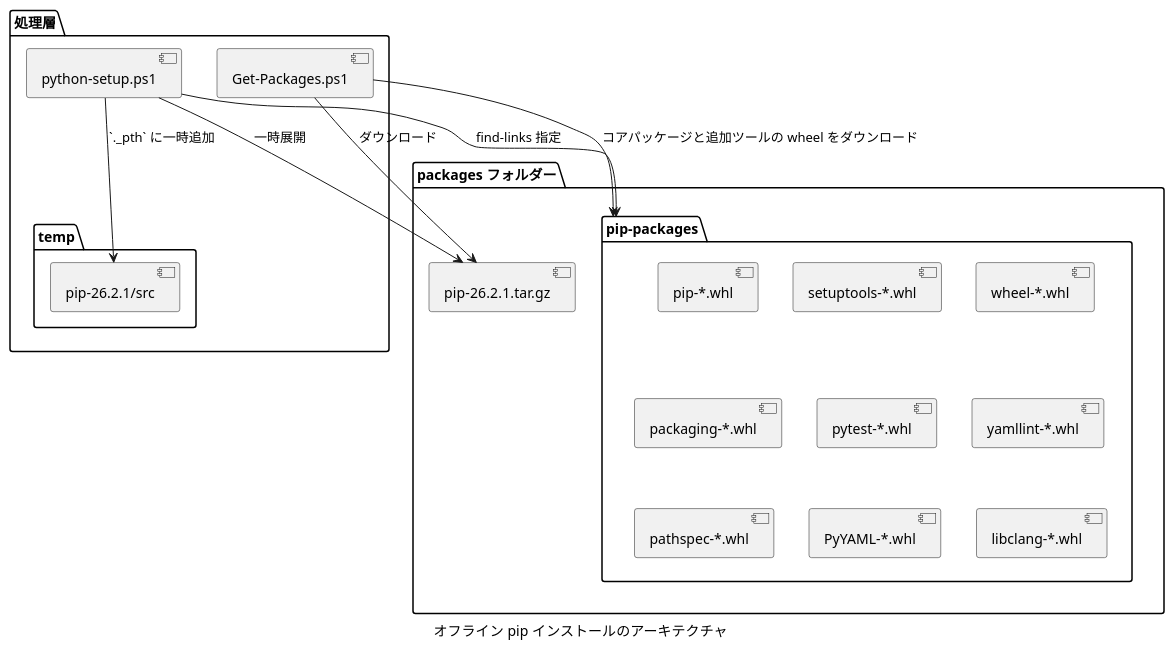
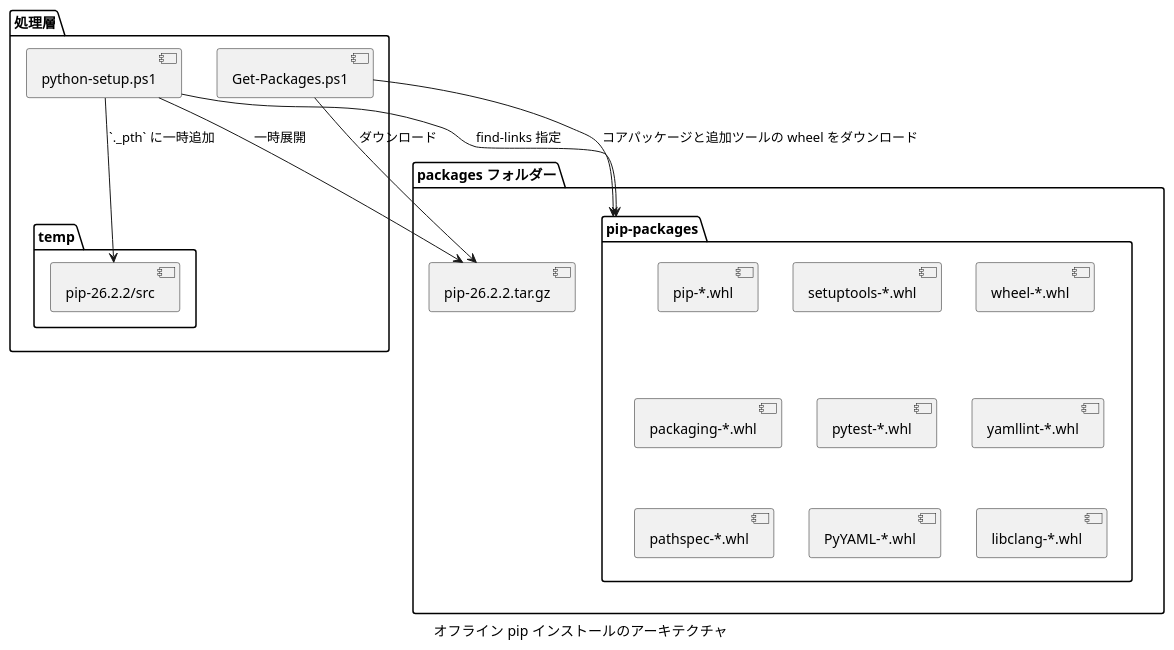
One commit to Hondarer/devbin-win changed the first of 4 diagrams in docs/offline-pip-design.md. Above: the diagram before and after it, drawn with PlantUML. The commit also changed other lines of this file and 8 other files, not shown here.

````diff
--- a/docs/offline-pip-design.md
+++ b/docs/offline-pip-design.md
@@ -22,33 +22,33 @@
 ```plantuml
 @startuml オフライン pip インストールのアーキテクチャ
 caption オフライン pip インストールのアーキテクチャ
 package "packages フォルダー" {
-  [pip-26.2.1.tar.gz]
+  [pip-26.2.2.tar.gz]
   folder "pip-packages" {
     [pip-*.whl]
     [setuptools-*.whl]
     [wheel-*.whl]
     [packaging-*.whl]
     [pytest-*.whl]
     [yamllint-*.whl]
     [pathspec-*.whl]
     [PyYAML-*.whl]
     [libclang-*.whl]
   }
 }
 
 package "処理層" {
   [Get-Packages.ps1] as getpkg
   [python-setup.ps1] as pysetup
   folder "temp" {
-    [pip-26.2.1/src]
+    [pip-26.2.2/src]
   }
 }
 
-getpkg --> [pip-26.2.1.tar.gz] : ダウンロード
+getpkg --> [pip-26.2.2.tar.gz] : ダウンロード
 getpkg --> [pip-packages] : コアパッケージと追加ツールの wheel をダウンロード
-pysetup --> [pip-26.2.1.tar.gz] : 一時展開
-pysetup --> [pip-26.2.1/src] : `._pth` に一時追加
+pysetup --> [pip-26.2.2.tar.gz] : 一時展開
+pysetup --> [pip-26.2.2/src] : `._pth` に一時追加
 pysetup --> [pip-packages] : find-links 指定
 @enduml
 ```
````
